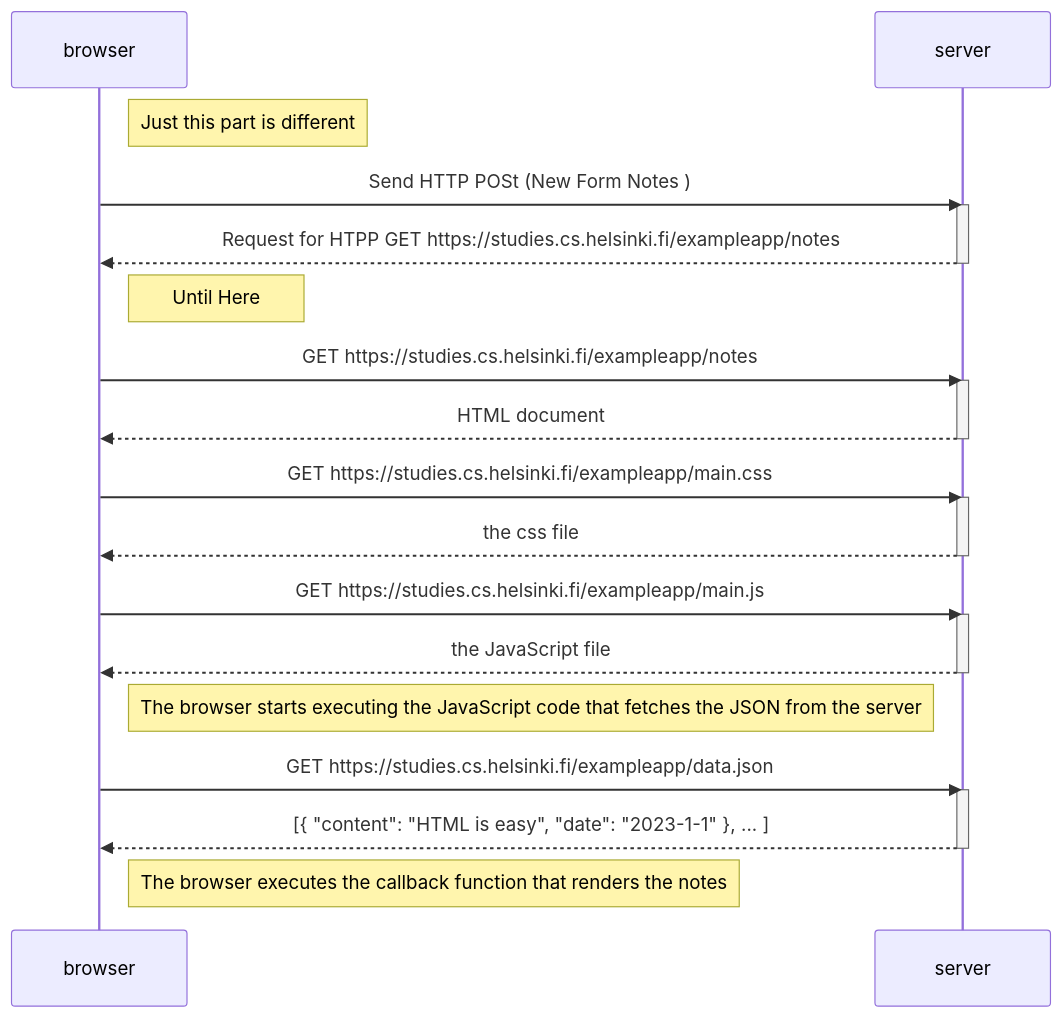
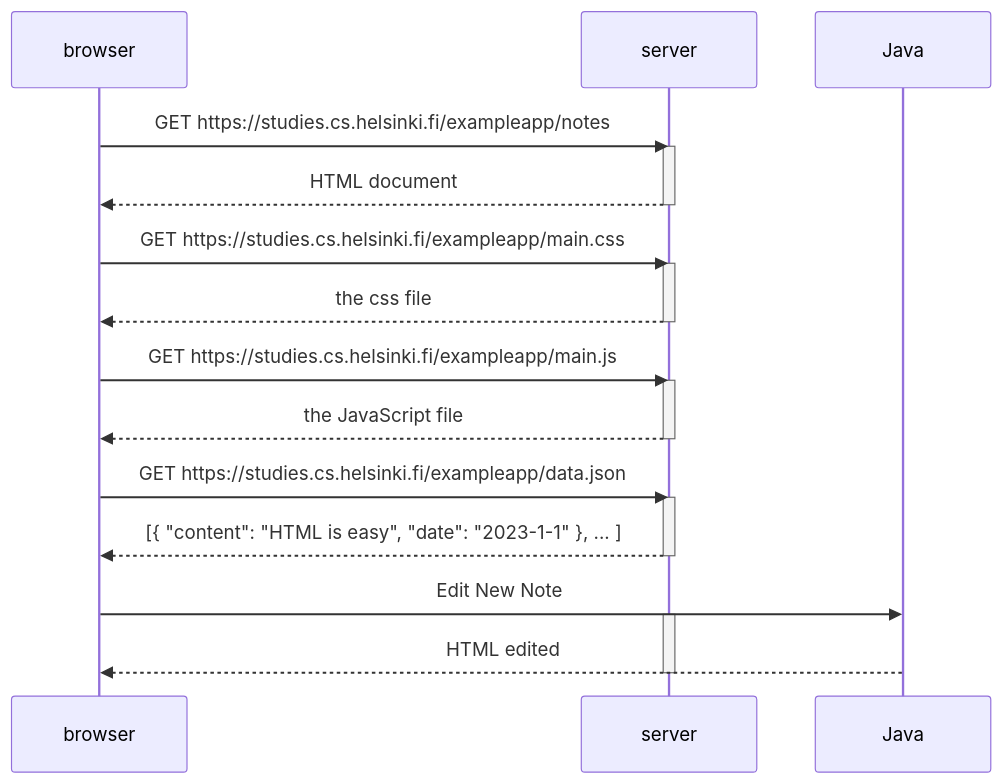
Before and after one commit to CarlosBolanos103/Part0: the diagram in 06.md, drawn with Mermaid.

````diff
--- a/06.md
+++ b/06.md
@@ -1,36 +1,38 @@
 ``` mermaid
 sequenceDiagram
     participant browser
     participant server
- Note right of browser: Just this part is different
-browser->>server: Send HTTP POSt (New Form Notes ) 
-    activate server
-    server-->>browser: Request for HTPP GET https://studies.cs.helsinki.fi/exampleapp/notes
-    deactivate server
- Note right of browser:Until Here
+participant Java
+
+ 
     browser->>server: GET https://studies.cs.helsinki.fi/exampleapp/notes
     activate server
     server-->>browser: HTML document
     deactivate server
 
     browser->>server: GET https://studies.cs.helsinki.fi/exampleapp/main.css
     activate server
     server-->>browser: the css file
     deactivate server
 
     browser->>server: GET https://studies.cs.helsinki.fi/exampleapp/main.js
     activate server
     server-->>browser: the JavaScript file
     deactivate server
 
-    Note right of browser: The browser starts executing the JavaScript code that fetches the JSON from the server
+   
 
     browser->>server: GET https://studies.cs.helsinki.fi/exampleapp/data.json
     activate server
     server-->>browser: [{ "content": "HTML is easy", "date": "2023-1-1" }, ... ]
     deactivate server
 
-    Note right of browser: The browser executes the callback function that renders the notes
+  
+browser->>Java: Edit New Note  
+    activate server
+    Java-->>browser: HTML edited
+    deactivate server
+ 
 
 
 ```
````
